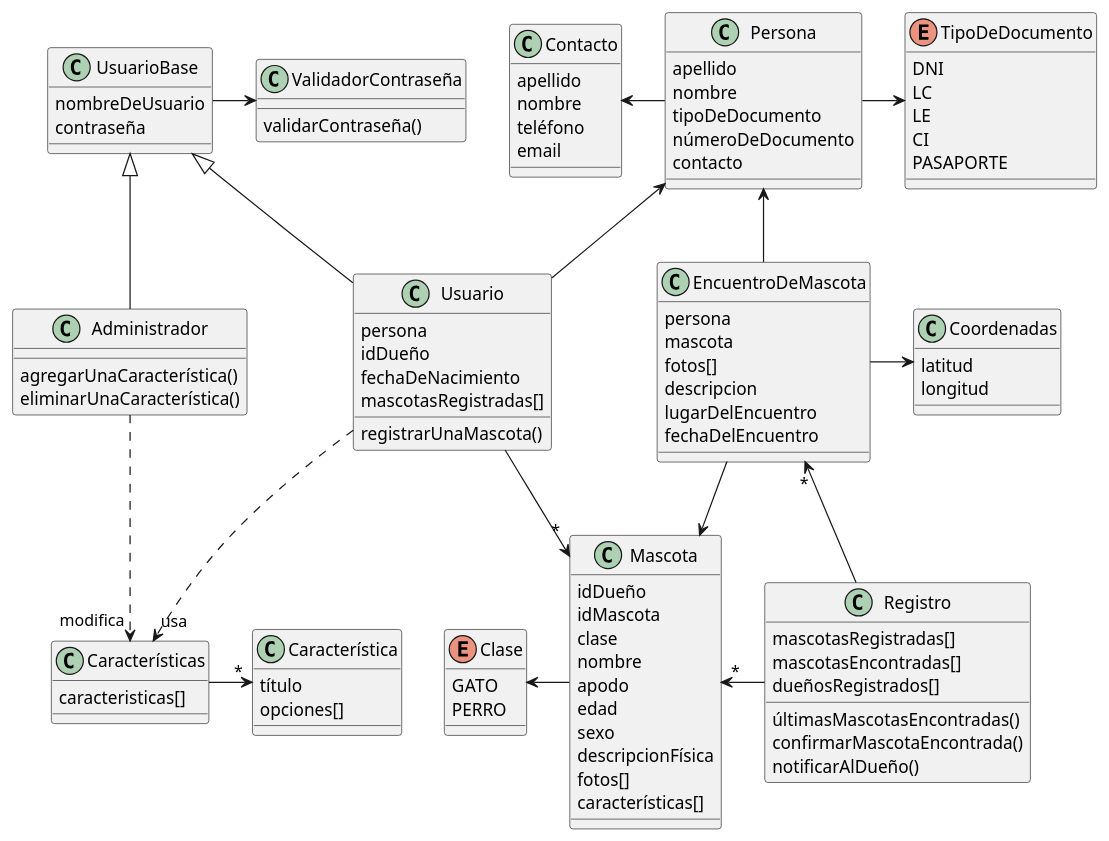
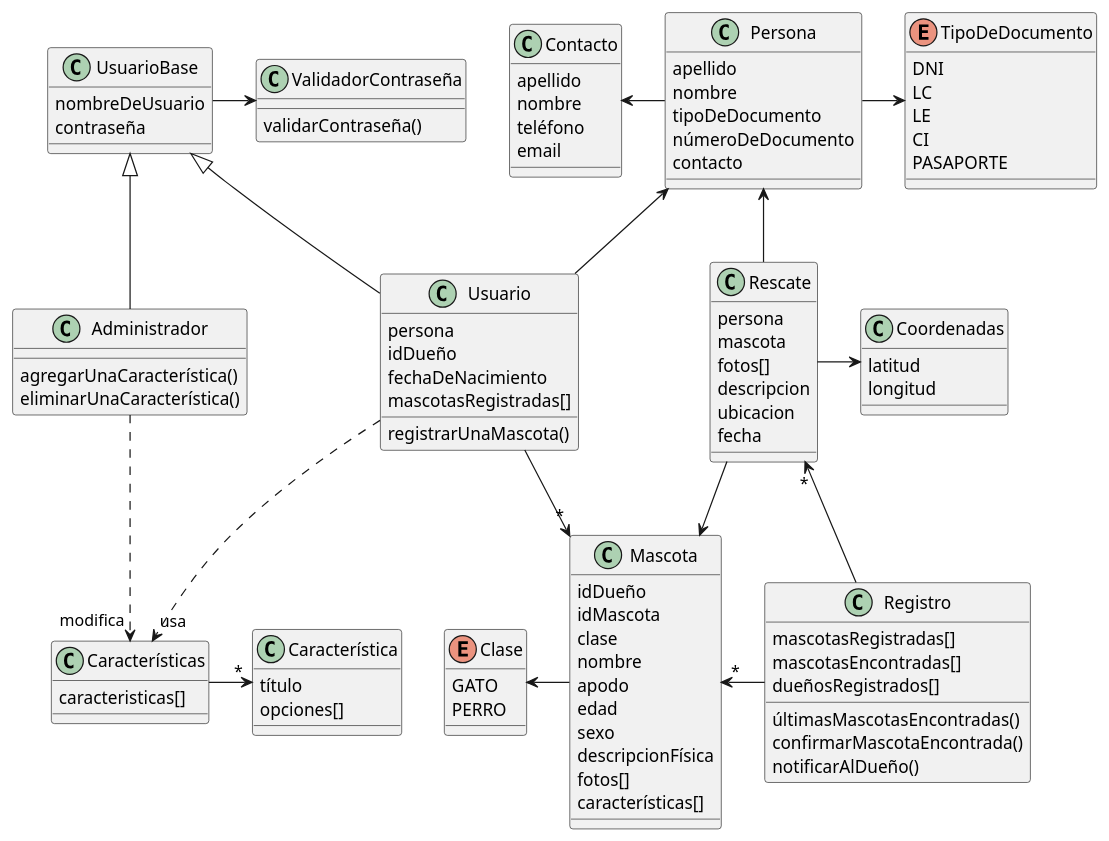
One commit to aleeherasimiuk/RescateDePatitas changed the diagram in diagramaDeClases.plantuml. Above: the diagram before and after it, drawn with PlantUML. The commit also changed 2 other files, not shown here.

Commit message:
agregada clase rescate, clase coordenadas + cambios en el UML

```diff
--- a/diagramaDeClases.plantuml
+++ b/diagramaDeClases.plantuml
@@ -1,129 +1,126 @@
 @startuml RescateDePatitas
 
 
 class Persona{
   apellido
   nombre
   tipoDeDocumento
   númeroDeDocumento
   contacto
 
 }
 
 class Contacto{
   apellido
   nombre
   teléfono
   email
 }
 
 class Mascota{
   idDueño
   idMascota
   clase
   nombre
   apodo
   edad
   sexo
   descripcionFísica
   fotos[]
   características[]
 }
 
 enum Clase{
   GATO
   PERRO
 }
 
 
 enum TipoDeDocumento{
   DNI
   LC /' Libreta Cívica '/
   LE /' Libreta de Enrolamiento '/
   CI /' Cédula de Identidad '/
   PASAPORTE
 }
 
-
-
-class EncuentroDeMascota{
+class Rescate{
   persona
   mascota
   fotos[]
   descripcion
-  lugarDelEncuentro
-  fechaDelEncuentro
-
+  ubicacion
+  fecha
 }
 
 class Coordenadas{
   latitud
   longitud
 }
 
 class UsuarioBase{
   nombreDeUsuario
   contraseña
 }
 
 class Administrador{
 
   agregarUnaCaracterística()
   eliminarUnaCaracterística()
 
 }
 
 class Usuario{
   persona
   idDueño
   fechaDeNacimiento
   mascotasRegistradas[]
   registrarUnaMascota()
 }
 
 
 class Registro{
   mascotasRegistradas[]
   mascotasEncontradas[]
   dueñosRegistrados[]
   últimasMascotasEncontradas()
   confirmarMascotaEncontrada()
   notificarAlDueño()
 }
 
 
 class Característica{
   título
   opciones[]
 }
 
 class Características{
   caracteristicas[]
 }
 
 class ValidadorContraseña{
   validarContraseña()
 }
 
 
 UsuarioBase -> ValidadorContraseña
 Usuario -u-|> UsuarioBase
-EncuentroDeMascota -u-> Persona
-EncuentroDeMascota -d-> Mascota
+Rescate -u-> Persona
+Rescate -d-> Mascota
 Registro -l-> "*" Mascota
-Registro -l-> "*" EncuentroDeMascota
+Registro -l-> "*" Rescate
 Persona -> TipoDeDocumento
 Usuario -u-> Persona
 Persona -l-> Contacto
 Mascota -l-> Clase
 Usuario -d->"*" Mascota
 Administrador -u-|> UsuarioBase
-EncuentroDeMascota -> Coordenadas
+Rescate -> Coordenadas
 Características ->"*" Característica
 Usuario ..>"usa" Características
 Administrador ..>"modifica" Características
 
 
 
 
 @enduml
```
